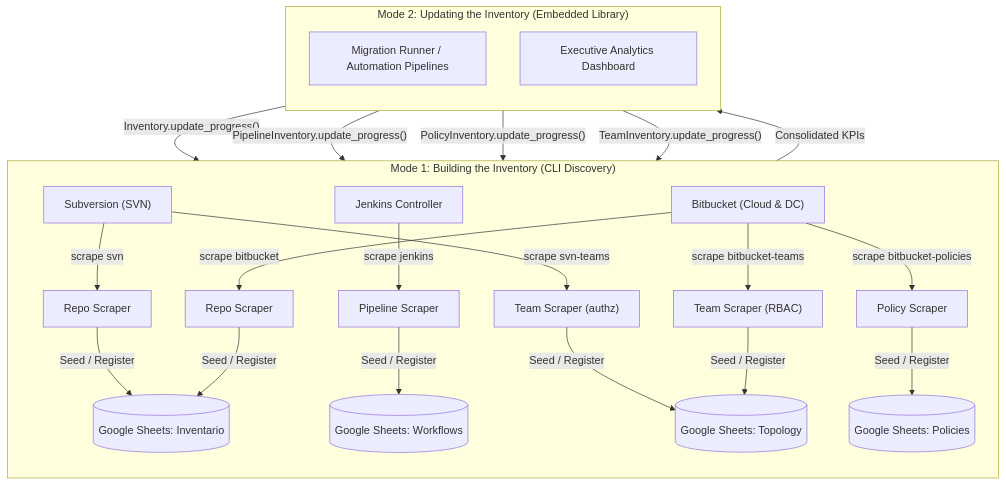
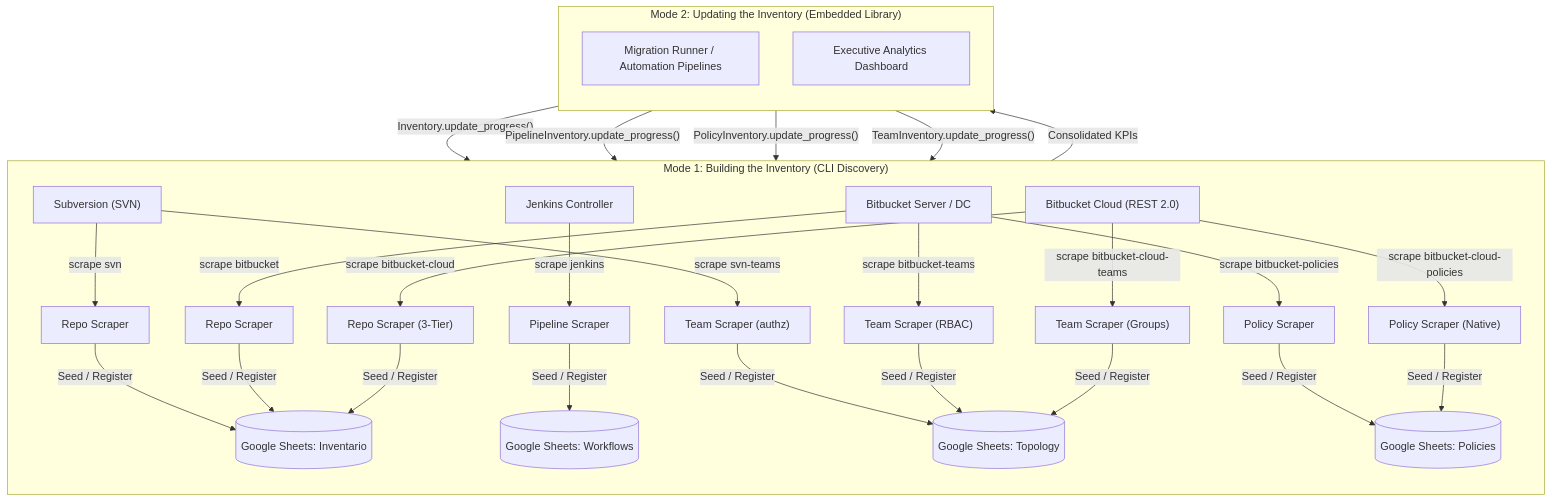
The diagram in README.md (ilegra/gh-migration-inventory-manager), drawn with Mermaid before and after one commit. The commit also changed other lines of this file and 10 other files, not shown here.

First line of the commit message:
feat(bitbucket-cloud): introduce dedicated Bitbucket Cloud scraping capability with 3-tier hierarchy and native governance

````diff
--- a/README.md
+++ b/README.md
@@ -29,30 +29,37 @@
 ```mermaid
 flowchart TD
     subgraph Mode1["Mode 1: Building the Inventory (CLI Discovery)"]
         direction TB
         SVN["Subversion (SVN)"] -->|"scrape svn"| SVN_R["Repo Scraper"]
         SVN -->|"scrape svn-teams"| SVN_T["Team Scraper (authz)"]
 
         JK["Jenkins Controller"] -->|"scrape jenkins"| JK_P["Pipeline Scraper"]
 
-        BB["Bitbucket (Cloud & DC)"] -->|"scrape bitbucket"| BB_R["Repo Scraper"]
+        BB["Bitbucket Server / DC"] -->|"scrape bitbucket"| BB_R["Repo Scraper"]
         BB -->|"scrape bitbucket-policies"| BB_POL["Policy Scraper"]
         BB -->|"scrape bitbucket-teams"| BB_T["Team Scraper (RBAC)"]
 
+        BBC["Bitbucket Cloud (REST 2.0)"] -->|"scrape bitbucket-cloud"| BBC_R["Repo Scraper (3-Tier)"]
+        BBC -->|"scrape bitbucket-cloud-policies"| BBC_POL["Policy Scraper (Native)"]
+        BBC -->|"scrape bitbucket-cloud-teams"| BBC_T["Team Scraper (Groups)"]
+
         SVN_R -->|"Seed / Register"| TAB_INV[("Google Sheets: Inventario")]
         BB_R -->|"Seed / Register"| TAB_INV
+        BBC_R -->|"Seed / Register"| TAB_INV
         JK_P -->|"Seed / Register"| TAB_WF[("Google Sheets: Workflows")]
         SVN_T -->|"Seed / Register"| TAB_TOP[("Google Sheets: Topology")]
         BB_T -->|"Seed / Register"| TAB_TOP
+        BBC_T -->|"Seed / Register"| TAB_TOP
         BB_POL -->|"Seed / Register"| TAB_POL[("Google Sheets: Policies")]
+        BBC_POL -->|"Seed / Register"| TAB_POL[("Google Sheets: Policies")]
     end
 
     subgraph Mode2["Mode 2: Updating the Inventory (Embedded Library)"]
         direction TB
         MIG["Migration Runner / Automation Pipelines"] -->|"Inventory.update_progress()"| TAB_INV
         MIG -->|"PipelineInventory.update_progress()"| TAB_WF
         MIG -->|"PolicyInventory.update_progress()"| TAB_POL
         MIG -->|"TeamInventory.update_progress()"| TAB_TOP
         TAB_INV -->|"Consolidated KPIs"| DASH["Executive Analytics Dashboard"]
     end
 ```
````
